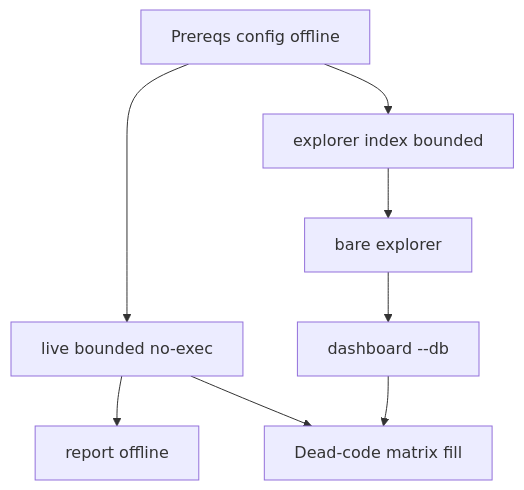
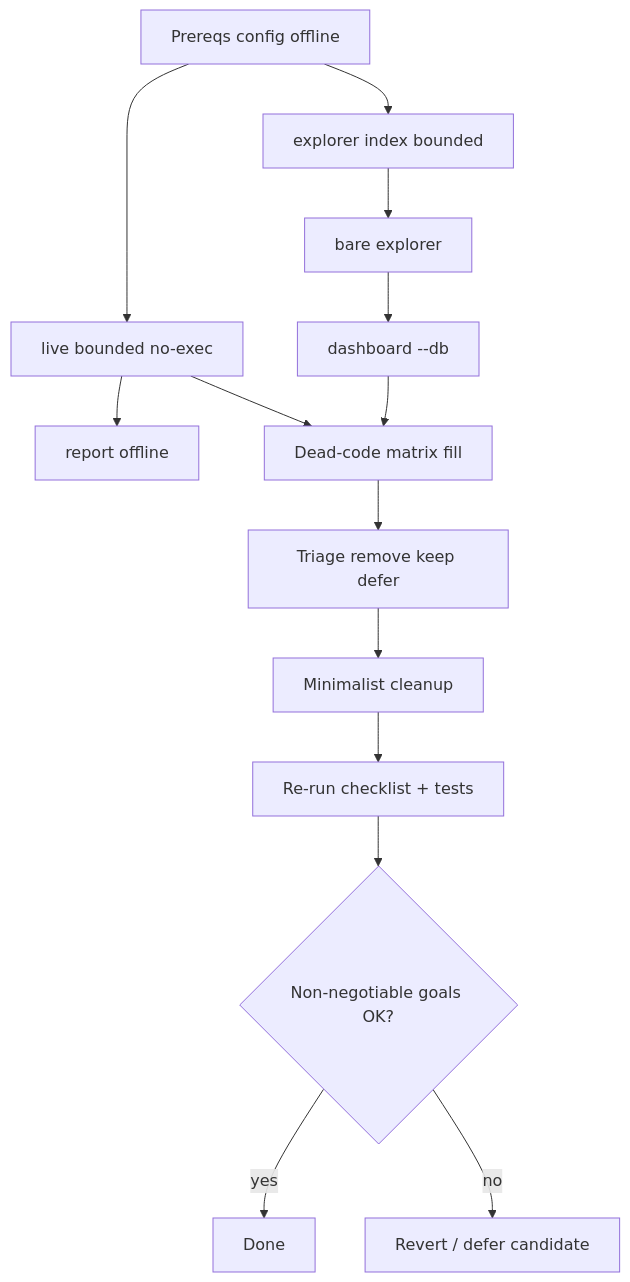
One commit to moha-moradi/mev-scout changed the diagram in .cursor/plans/live_explorer_ops_guide_d1d46050.plan.md. Above: the diagram before and after it, drawn with Mermaid. The commit also changed other lines of this file and 41 other files, not shown here.

````diff
--- a/.cursor/plans/live_explorer_ops_guide_d1d46050.plan.md
+++ b/.cursor/plans/live_explorer_ops_guide_d1d46050.plan.md
@@ -140,10 +203,16 @@
 ```mermaid
 flowchart TB
   prep[Prereqs config offline] --> liveSafe[live bounded no-exec]
   prep --> expIndex[explorer index bounded]
   liveSafe --> liveReport[report offline]
   expIndex --> expReport[bare explorer]
   expReport --> dash[dashboard --db]
   liveSafe --> matrix[Dead-code matrix fill]
   dash --> matrix
+  matrix --> triage[Triage remove keep defer]
+  triage --> simplify[Minimalist cleanup]
+  simplify --> smoke[Re-run checklist + tests]
+  smoke --> goals{Non-negotiable goals OK?}
+  goals -->|yes| done[Done]
+  goals -->|no| revert[Revert / defer candidate]
 ```
````
